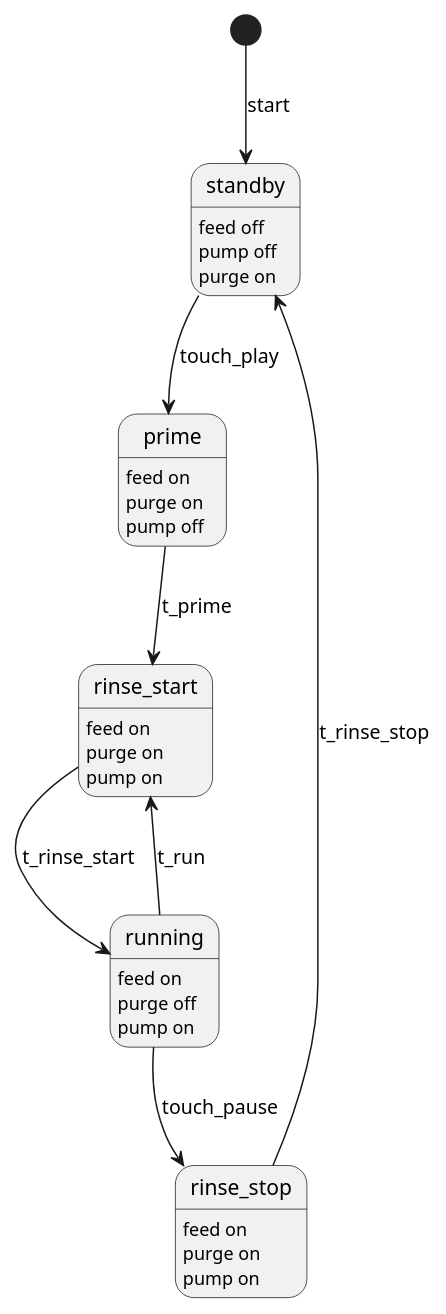
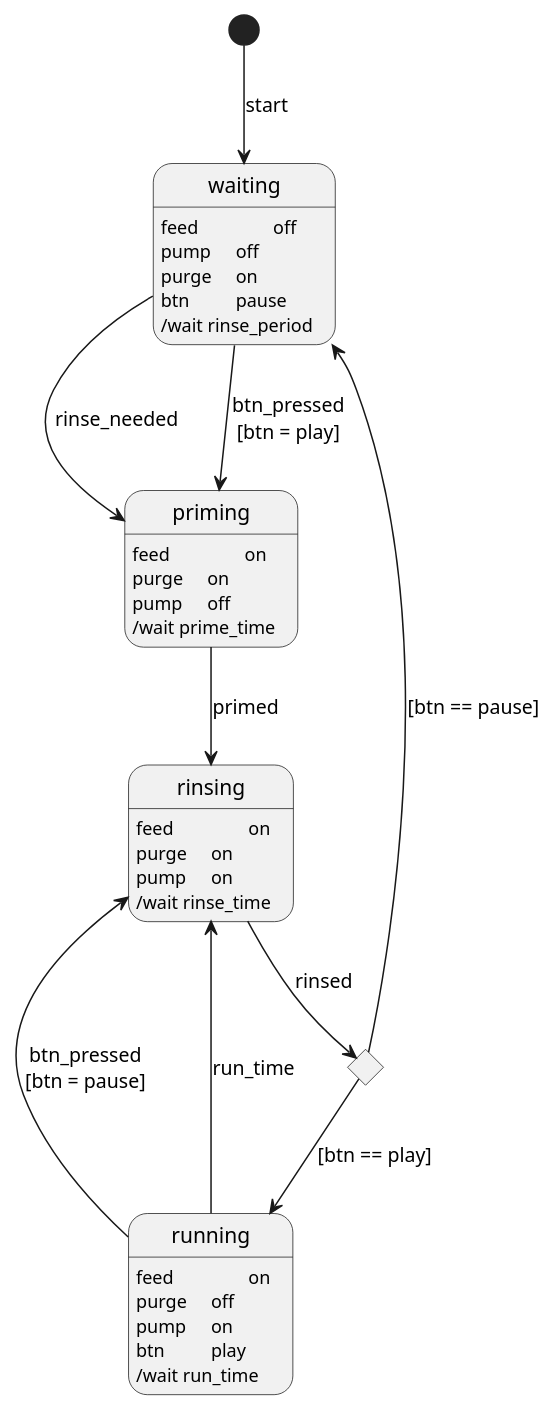
Before and after one commit to rlhatcher/aquarium: the diagram in water/water_state.puml, drawn with PlantUML. The commit also changed 5 other files, not shown here.

```diff
--- a/water/water_state.puml
+++ b/water/water_state.puml
@@ -1,41 +1,45 @@
 @startuml water_state
 hide empty description
 
-state standby {
-  standby: feed off
-  standby: pump off
-  standby: purge on
+state waiting {
+  waiting: feed\t\toff
+  waiting: pump\toff
+  waiting: purge\ton
+  waiting: btn\t\tpause
+  waiting: /wait rinse_period
+}
+
+state priming {
+  priming : feed\t\ton
+  priming : purge\ton
+  priming : pump\toff
+  priming : /wait prime_time
+}
+
+state rinsing {
+    rinsing: feed\t\ton
+    rinsing: purge\ton 
+    rinsing: pump\ton
+    rinsing: /wait rinse_time
 }
 
 state running {
-  running : feed on
-  running : purge off
-  running : pump on
+  running: feed\t\ton
+  running: purge\toff
+  running: pump\ton
+  running: btn\t\tplay
+  running: /wait run_time
 }
 
-state prime {
-  prime : feed on
-  prime : purge on
-  prime : pump off
-}
-
-state rinse_start {
-  rinse_start : feed on
-  rinse_start : purge on 
-  rinse_start : pump on
-}
-state rinse_stop {
-  rinse_stop : feed on
-  rinse_stop : purge on 
-  rinse_stop : pump on
-}
-
-[*] --> standby : start
-standby --> prime : touch_play
-prime --> rinse_start : t_prime
-rinse_start --> running : t_rinse_start
-running --> rinse_stop : touch_pause
-rinse_stop --> standby : t_rinse_stop
-running --> rinse_start : t_run
+state stopstart <<choice>>
+[*] --> waiting : start
+waiting --> priming : rinse_needed
+waiting --> priming : btn_pressed\n[btn = play]
+priming --> rinsing: primed
+rinsing --> stopstart: rinsed
+stopstart --> running : [btn == play]
+running --> rinsing: btn_pressed\n[btn = pause]
+stopstart--> waiting : [btn == pause]
+running --> rinsing: run_time
 
 @enduml
```
